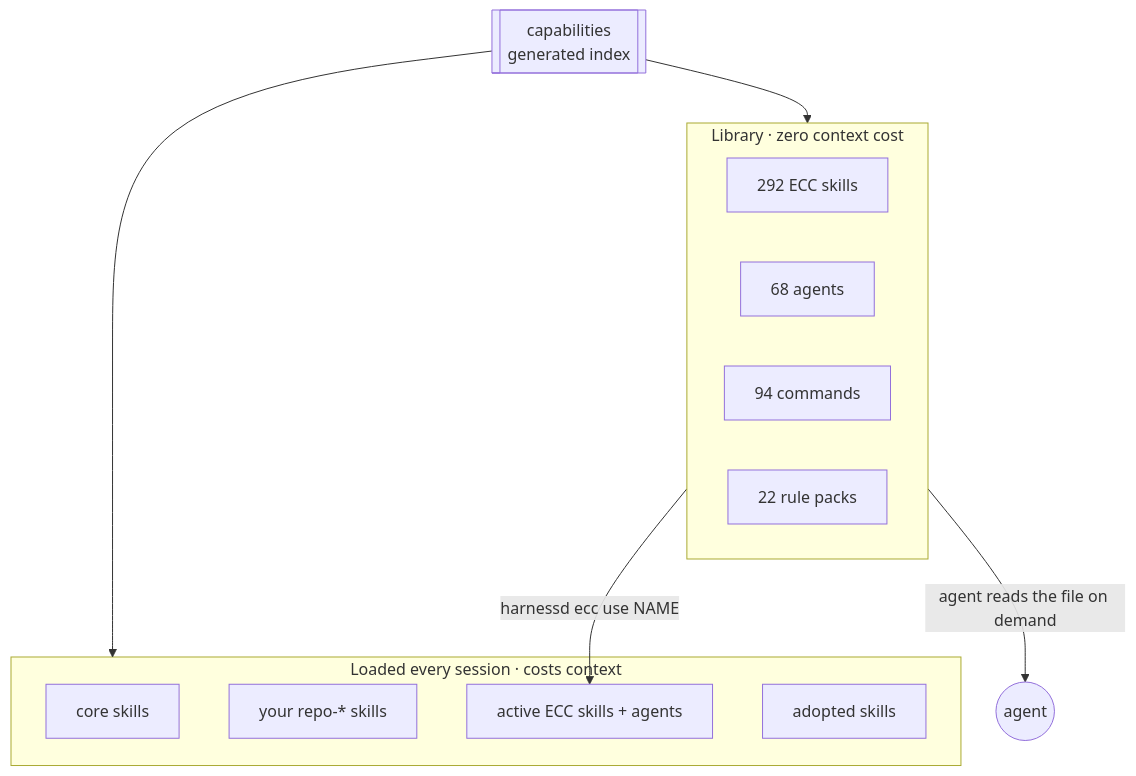
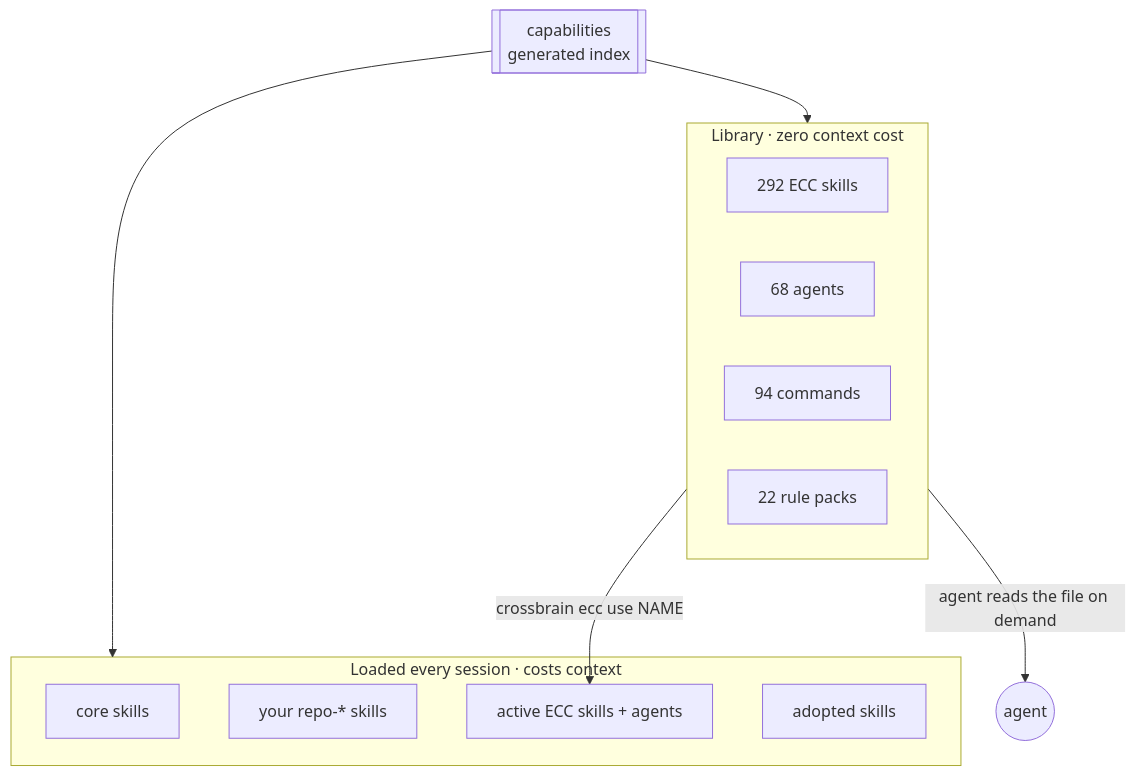
One commit to imodoiepale/crossbrain changed the third of 7 diagrams in README.md. Above: the diagram before and after it, drawn with Mermaid. The commit also changed other lines of this file and 43 other files, not shown here.

First line of the commit message:
refactor: rename harnessd to crossbrain

````diff
--- a/README.md
+++ b/README.md
@@ -170,19 +170,19 @@
 ```mermaid
 flowchart TB
   subgraph LOADED["Loaded every session · costs context"]
     L1[core skills]
     L2[your repo-* skills]
     L3[active ECC skills + agents]
     L4[adopted skills]
   end
   subgraph LIBRARY["Library · zero context cost"]
     V1[292 ECC skills]
     V2[68 agents]
     V3[94 commands]
     V4[22 rule packs]
   end
   CAP[["capabilities<br/>generated index"]] --> LOADED
   CAP --> LIBRARY
   LIBRARY -- "agent reads the file on demand" --> AG((agent))
-  LIBRARY -- "harnessd ecc use NAME" --> L3
+  LIBRARY -- "crossbrain ecc use NAME" --> L3
 ```
````
